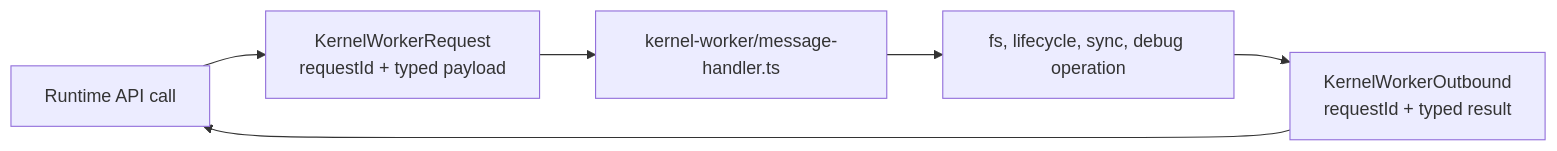
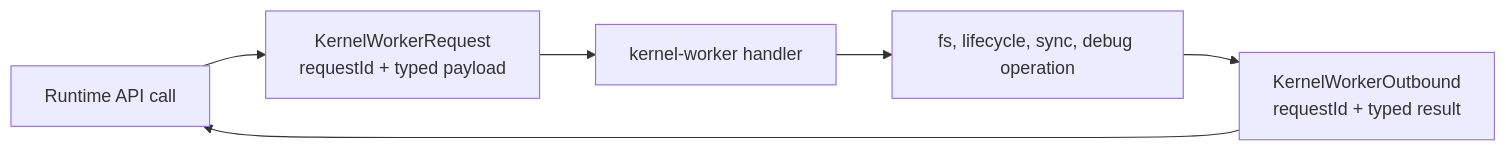
Before and after one commit to tidemarksh/docs: the fourth of 5 diagrams in docs/architecture/state-model.md, drawn with Mermaid. The commit also changed other lines of this file and 7 other files, not shown here.

````diff
--- a/docs/architecture/state-model.md
+++ b/docs/architecture/state-model.md
@@ -126,14 +120,14 @@
 ```mermaid
 flowchart LR
   Runtime["Runtime API call"]
   Request["KernelWorkerRequest<br/>requestId + typed payload"]
-  Handler["kernel-worker/message-handler.ts"]
+  Handler["kernel-worker handler"]
   Action["fs, lifecycle, sync, debug operation"]
   Response["KernelWorkerOutbound<br/>requestId + typed result"]
 
   Runtime --> Request
   Request --> Handler
   Handler --> Action
   Action --> Response
   Response --> Runtime
 ```
````
